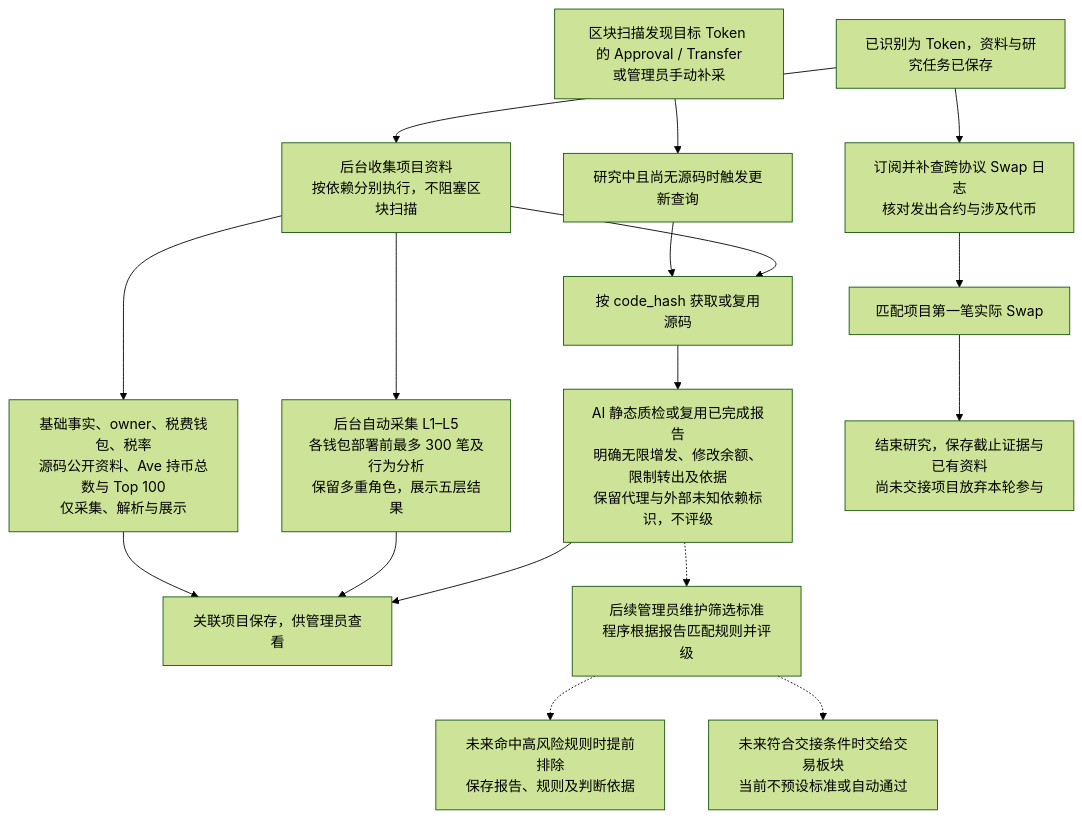
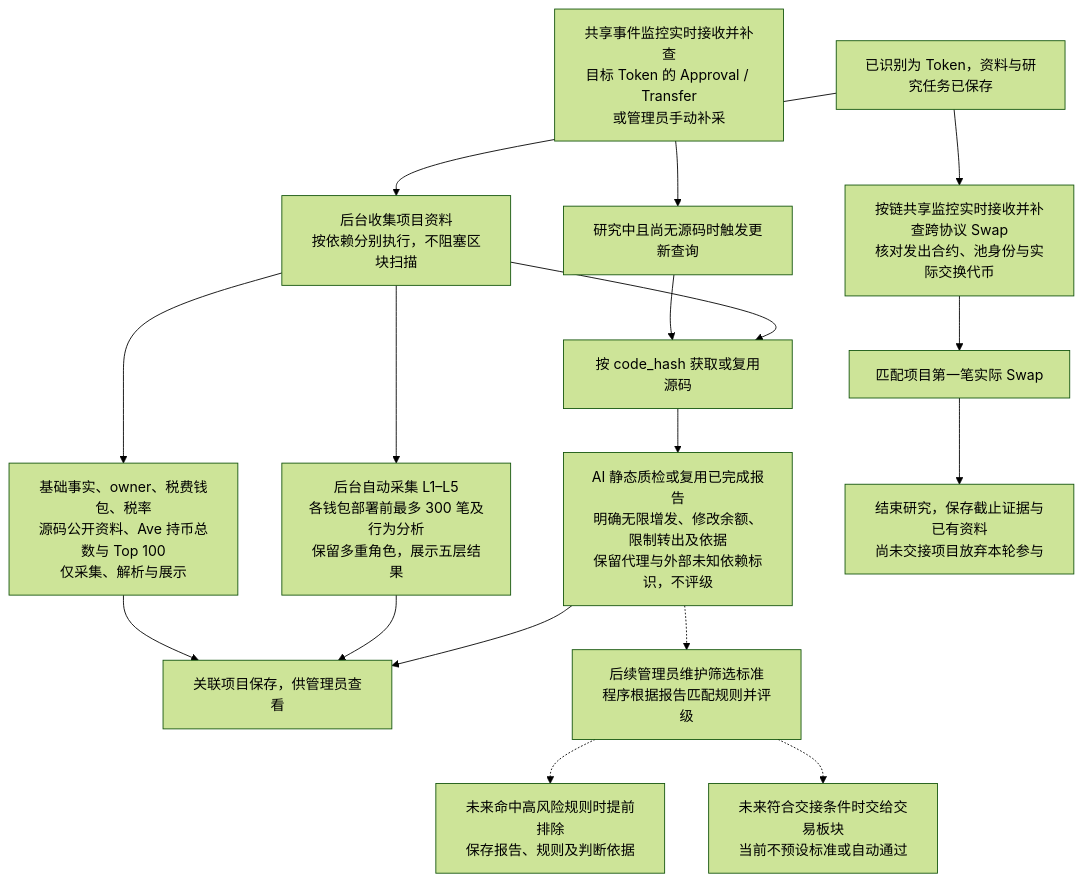
One commit to useryege/athena-o changed the diagram in docs/requirements/token/token-research-flow.md. Above: the diagram before and after it, drawn with Mermaid (forest theme). The commit also changed other lines of this file and 14 other files, not shown here.

````diff
--- a/docs/requirements/token/token-research-flow.md
+++ b/docs/requirements/token/token-research-flow.md
@@ -13,19 +13,19 @@
 ```mermaid
 flowchart TD
     token["已识别为 Token，资料与研究任务已保存"] --> materials["后台收集项目资料<br/>按依赖分别执行，不阻塞区块扫描"]
     materials --> source["按 code_hash 获取或复用源码"]
     source --> report["AI 静态质检或复用已完成报告<br/>明确无限增发、修改余额、限制转出及依据<br/>保留代理与外部未知依赖标识，不评级"]
     report --> display["关联项目保存，供管理员查看"]
     materials --> wallets["后台自动采集 L1–L5<br/>各钱包部署前最多 300 笔及行为分析<br/>保留多重角色，展示五层结果"]
     materials --> others["基础事实、owner、税费钱包、税率<br/>源码公开资料、Ave 持币总数与 Top 100<br/>仅采集、解析与展示"]
     wallets --> display
     others --> display
-    activity["区块扫描发现目标 Token 的 Approval / Transfer<br/>或管理员手动补采"] --> update["研究中且尚无源码时触发更新查询"]
+    activity["共享事件监控实时接收并补查<br/>目标 Token 的 Approval / Transfer<br/>或管理员手动补采"] --> update["研究中且尚无源码时触发更新查询"]
     update --> source
-    token --> monitor["订阅并补查跨协议 Swap 日志<br/>核对发出合约与涉及代币"]
+    token --> monitor["按链共享监控实时接收并补查跨协议 Swap<br/>核对发出合约、池身份与实际交换代币"]
     monitor --> first["匹配项目第一笔实际 Swap"]
     first --> stop["结束研究，保存截止证据与已有资料<br/>尚未交接项目放弃本轮参与"]
     report -.-> rule["后续管理员维护筛选标准<br/>程序根据报告匹配规则并评级"]
     rule -.-> exclude["未来命中高风险规则时提前排除<br/>保存报告、规则及判断依据"]
     rule -.-> handoff["未来符合交接条件时交给交易板块<br/>当前不预设标准或自动通过"]
 ```
````
